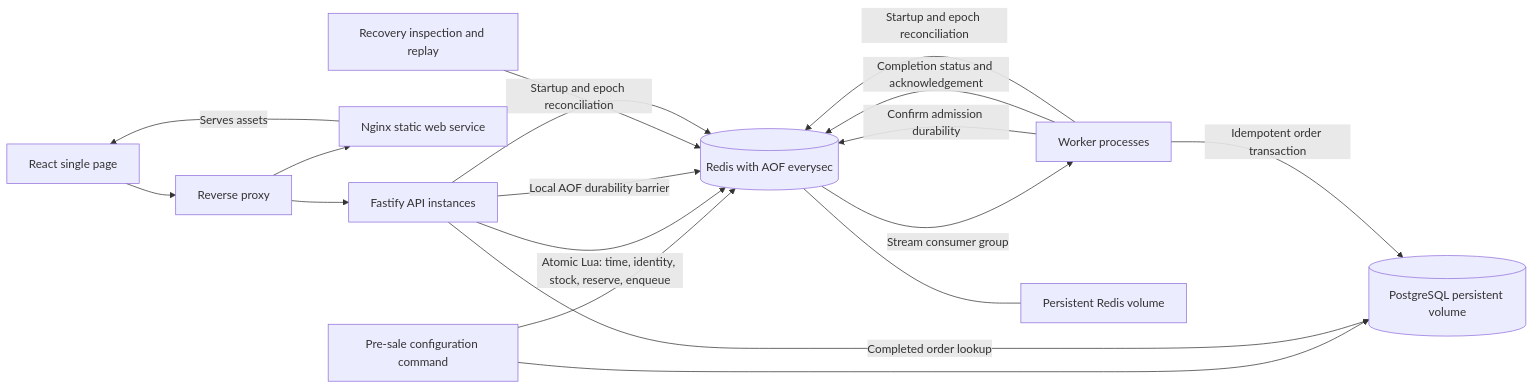
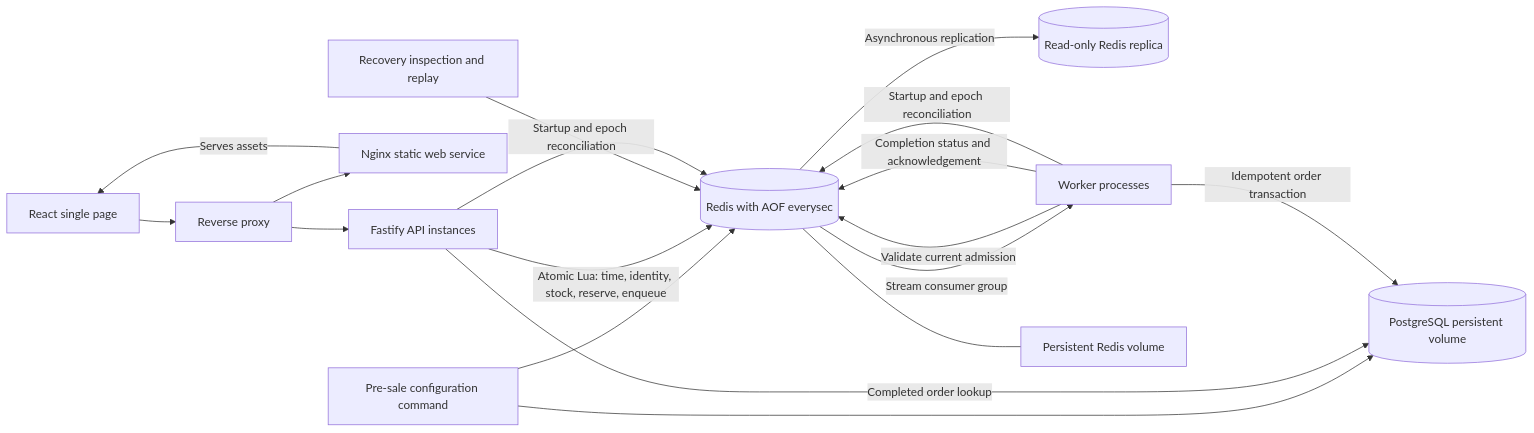
Before and after one commit to inderawaski/bookipi-assessment: the diagram in docs/architecture.md, drawn with Mermaid. The commit also changed other lines of this file and 245 other files, not shown here.

Commit message:
Checkpoint immediate Redis admission, final stock cap and stress evidence

````diff
--- a/docs/architecture.md
+++ b/docs/architecture.md
@@ -11,20 +26,20 @@
 ```mermaid
 flowchart LR
   Browser[React single page] --> Proxy[Reverse proxy]
   Proxy --> API[Fastify API instances]
   Proxy --> Web[Nginx static web service]
   Web -->|Serves assets| Browser
   Config[Pre-sale configuration command] --> PG[(PostgreSQL persistent volume)]
   Config --> Redis[(Redis with AOF everysec)]
   API -->|Atomic Lua: time, identity, stock, reserve, enqueue| Redis
-  API -->|Local AOF durability barrier| Redis
+  Redis -->|Asynchronous replication| Replica[(Read-only Redis replica)]
   API -->|Completed order lookup| PG
   Redis -->|Stream consumer group| Worker[Worker processes]
-  Worker -->|Confirm admission durability| Redis
+  Worker -->|Validate current admission| Redis
   Worker -->|Idempotent order transaction| PG
   Worker -->|Completion status and acknowledgement| Redis
   Operator[Recovery inspection and replay] --> Redis
   API -->|Startup and epoch reconciliation| Redis
   Worker -->|Startup and epoch reconciliation| Redis
   Redis --- Disk[Persistent Redis volume]
 ```
````
